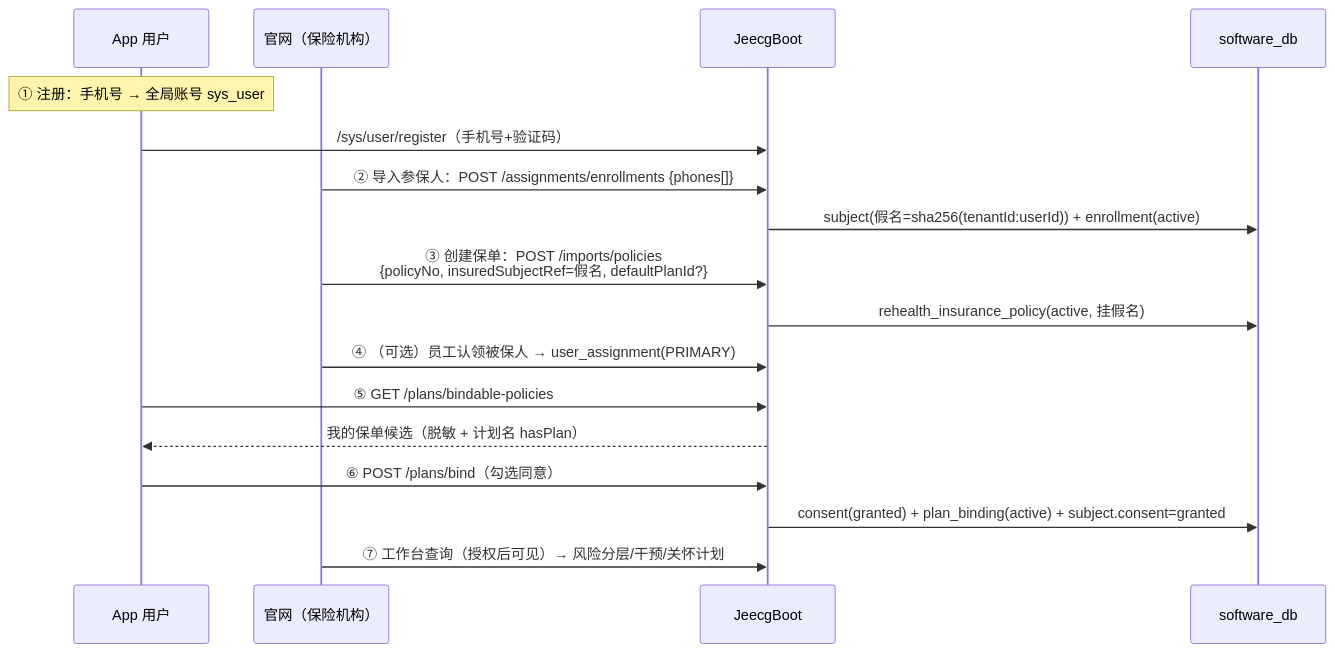
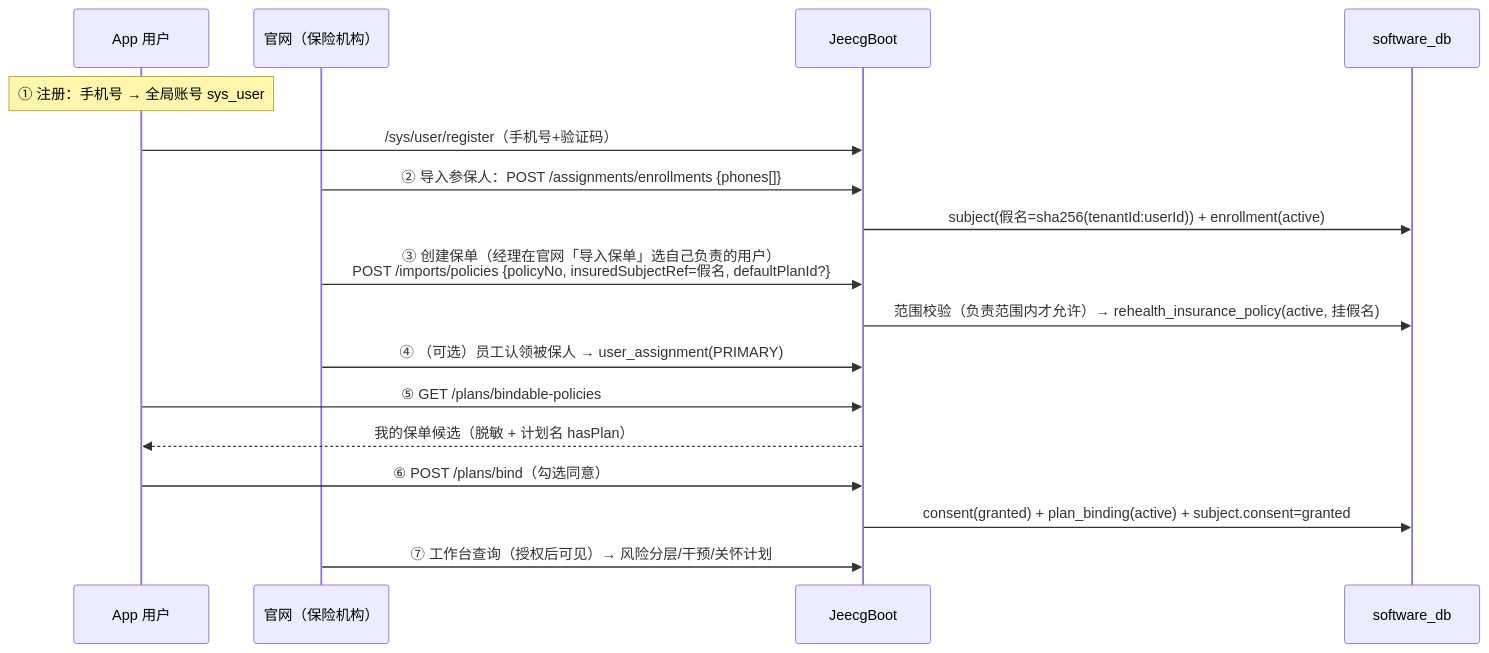
Before and after one commit to wjmlong/rehealth_tongbu: the seventh of 7 diagrams in docs/保险侧保单创建与派发流程.md, drawn with Mermaid. The commit also changed other lines of this file and 13 other files, not shown here.

````diff
--- a/docs/保险侧保单创建与派发流程.md
+++ b/docs/保险侧保单创建与派发流程.md
@@ -163,19 +188,19 @@
 ```mermaid
 sequenceDiagram
     participant APP as App 用户
     participant SITE as 官网（保险机构）
     participant JEE as JeecgBoot
     participant DB as software_db
     Note over APP: ① 注册：手机号 → 全局账号 sys_user
     APP->>JEE: /sys/user/register（手机号+验证码）
     SITE->>JEE: ② 导入参保人：POST /assignments/enrollments {phones[]}
     JEE->>DB: subject(假名=sha256(tenantId:userId)) + enrollment(active)
-    SITE->>JEE: ③ 创建保单：POST /imports/policies<br>{policyNo, insuredSubjectRef=假名, defaultPlanId?}
-    JEE->>DB: rehealth_insurance_policy(active, 挂假名)
+    SITE->>JEE: ③ 创建保单（经理在官网「导入保单」选自己负责的用户）<br>POST /imports/policies {policyNo, insuredSubjectRef=假名, defaultPlanId?}
+    JEE->>DB: 范围校验（负责范围内才允许）→ rehealth_insurance_policy(active, 挂假名)
     SITE->>JEE: ④ （可选）员工认领被保人 → user_assignment(PRIMARY)
     APP->>JEE: ⑤ GET /plans/bindable-policies
     JEE-->>APP: 我的保单候选（脱敏 + 计划名 hasPlan）
     APP->>JEE: ⑥ POST /plans/bind（勾选同意）
     JEE->>DB: consent(granted) + plan_binding(active) + subject.consent=granted
     SITE->>JEE: ⑦ 工作台查询（授权后可见）→ 风险分层/干预/关怀计划
 ```
````
